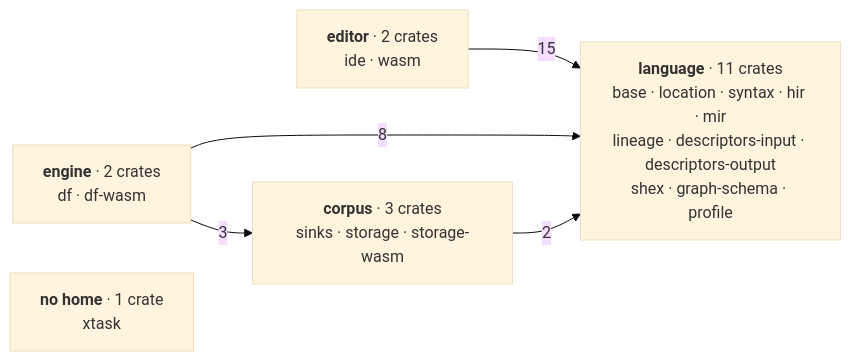
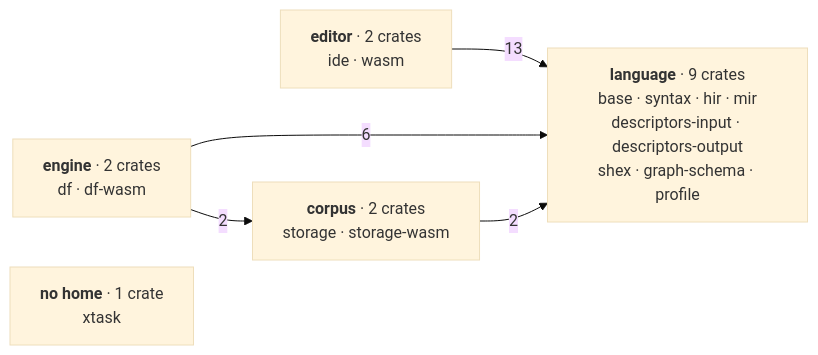
Before and after one commit to Kanzo-Tech/fossil-lang: the first of 3 diagrams in docs/content/docs/(root)/architecture.mdx, drawn with Mermaid (base theme). The commit also changed other lines of this file and 58 other files, not shown here.

First line of the commit message:
Fold location, lineage and the corpus format into the crates they belong to

````diff
--- a/docs/content/docs/(root)/architecture.mdx
+++ b/docs/content/docs/(root)/architecture.mdx
@@ -92,13 +92,13 @@
 ```mermaid
 graph LR
-  L["<b>language</b> · 11 crates<br/>base · location · syntax · hir · mir<br/>lineage · descriptors-input · descriptors-output<br/>shex · graph-schema · profile"]
+  L["<b>language</b> · 9 crates<br/>base · syntax · hir · mir<br/>descriptors-input · descriptors-output<br/>shex · graph-schema · profile"]
   E["<b>editor</b> · 2 crates<br/>ide · wasm"]
   M["<b>engine</b> · 2 crates<br/>df · df-wasm"]
-  C["<b>corpus</b> · 3 crates<br/>sinks · storage · storage-wasm"]
+  C["<b>corpus</b> · 2 crates<br/>storage · storage-wasm"]
   X["<b>no home</b> · 1 crate<br/>xtask"]
 
-  E -->|15| L
-  M -->|8| L
-  M -->|3| C
+  E -->|13| L
+  M -->|6| L
+  M -->|2| C
   C -->|2| L
 ```
````
